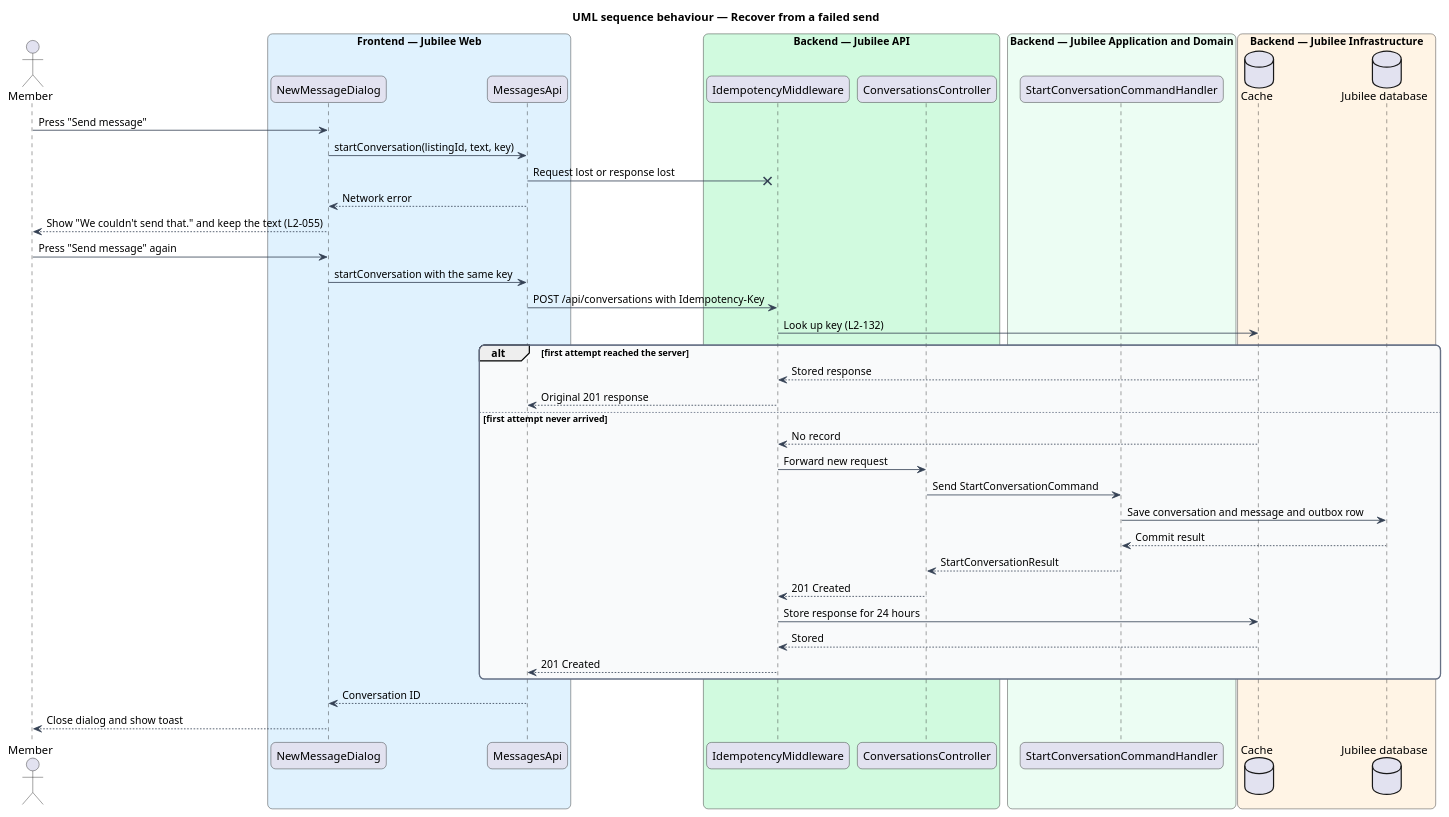
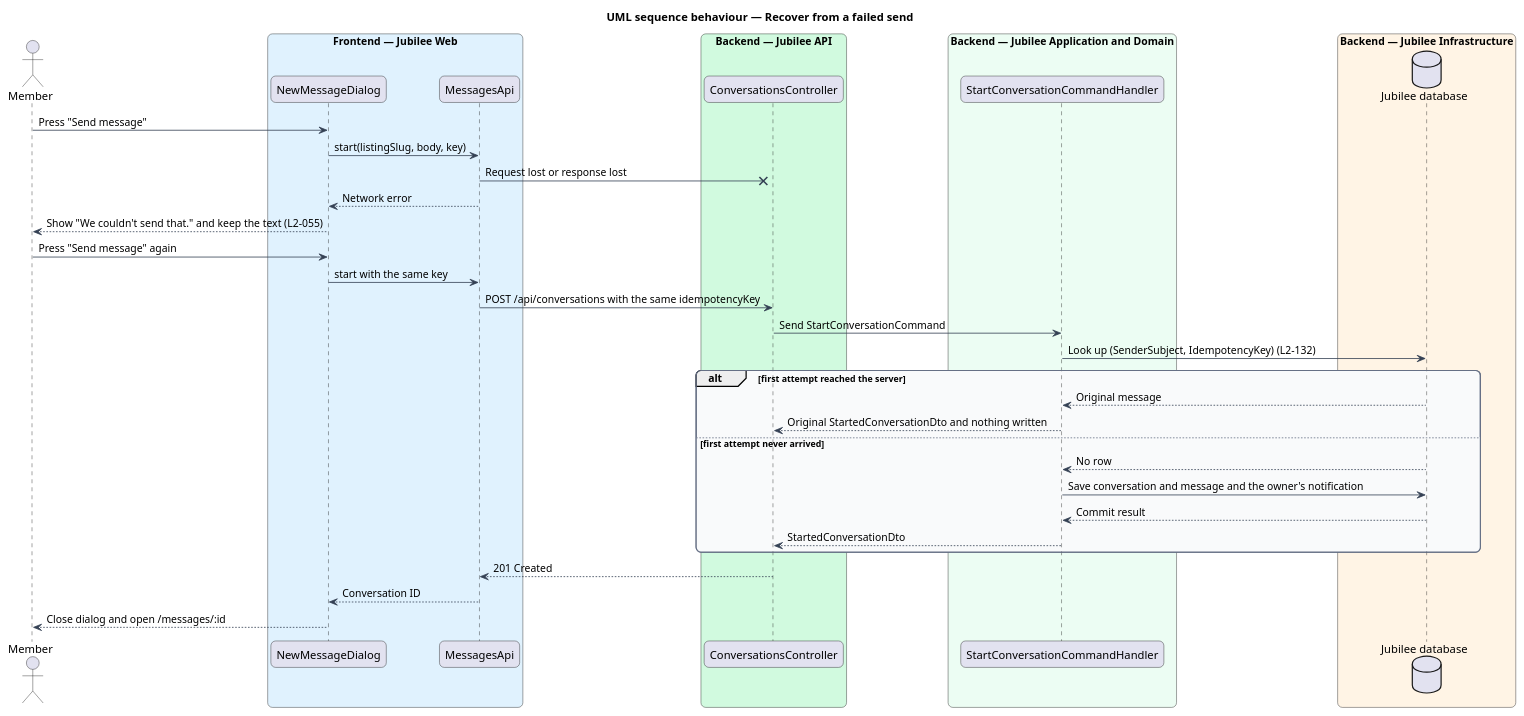
Before and after one commit to QuinntyneBrown/jubilee: the diagram in docs/detailed-designs/messaging/start-conversation/diagrams/sequence-recover-from-failed-send.puml, drawn with PlantUML. The commit also changed 106 other files, not shown here.

```diff
--- a/docs/detailed-designs/messaging/start-conversation/diagrams/sequence-recover-from-failed-send.puml
+++ b/docs/detailed-designs/messaging/start-conversation/diagrams/sequence-recover-from-failed-send.puml
@@ -1,59 +1,53 @@
 @startuml
 title UML sequence behaviour — Recover from a failed send
 skinparam backgroundColor #FFFFFF
 skinparam shadowing false
 skinparam roundcorner 12
 skinparam defaultFontName Arial
 skinparam ArrowColor #344054
 skinparam rectangle {
   BorderColor #344054
   FontColor #101828
 }
 skinparam package {
   BorderColor #667085
   FontColor #101828
   BackgroundColor #F9FAFB
 }
 actor "Member" as member
 box "Frontend — Jubilee Web" #E0F2FE
   participant "NewMessageDialog" as dialog
   participant "MessagesApi" as client
 end box
 box "Backend — Jubilee API" #D1FADF
-  participant "IdempotencyMiddleware" as idem
   participant "ConversationsController" as controller
 end box
 box "Backend — Jubilee Application and Domain" #ECFDF3
   participant "StartConversationCommandHandler" as handler
 end box
 box "Backend — Jubilee Infrastructure" #FFF4E5
-  database "Cache" as cache
   database "Jubilee database" as db
 end box
 member -> dialog : Press "Send message"
-dialog -> client : startConversation(listingId, text, key)
-client -x idem : Request lost or response lost
+dialog -> client : start(listingSlug, body, key)
+client -x controller : Request lost or response lost
 client --> dialog : Network error
 dialog --> member : Show "We couldn't send that." and keep the text (L2-055)
 member -> dialog : Press "Send message" again
-dialog -> client : startConversation with the same key
-client -> idem : POST /api/conversations with Idempotency-Key
-idem -> cache : Look up key (L2-132)
+dialog -> client : start with the same key
+client -> controller : POST /api/conversations with the same idempotencyKey
+controller -> handler : Send StartConversationCommand
+handler -> db : Look up (SenderSubject, IdempotencyKey) (L2-132)
 alt first attempt reached the server
-  cache --> idem : Stored response
-  idem --> client : Original 201 response
+  db --> handler : Original message
+  handler --> controller : Original StartedConversationDto and nothing written
 else first attempt never arrived
-  cache --> idem : No record
-  idem -> controller : Forward new request
-  controller -> handler : Send StartConversationCommand
-  handler -> db : Save conversation and message and outbox row
+  db --> handler : No row
+  handler -> db : Save conversation and message and the owner's notification
   db --> handler : Commit result
-  handler --> controller : StartConversationResult
-  controller --> idem : 201 Created
-  idem -> cache : Store response for 24 hours
-  cache --> idem : Stored
-  idem --> client : 201 Created
+  handler --> controller : StartedConversationDto
 end
+controller --> client : 201 Created
 client --> dialog : Conversation ID
-dialog --> member : Close dialog and show toast
+dialog --> member : Close dialog and open /messages/:id
 @enduml
```
